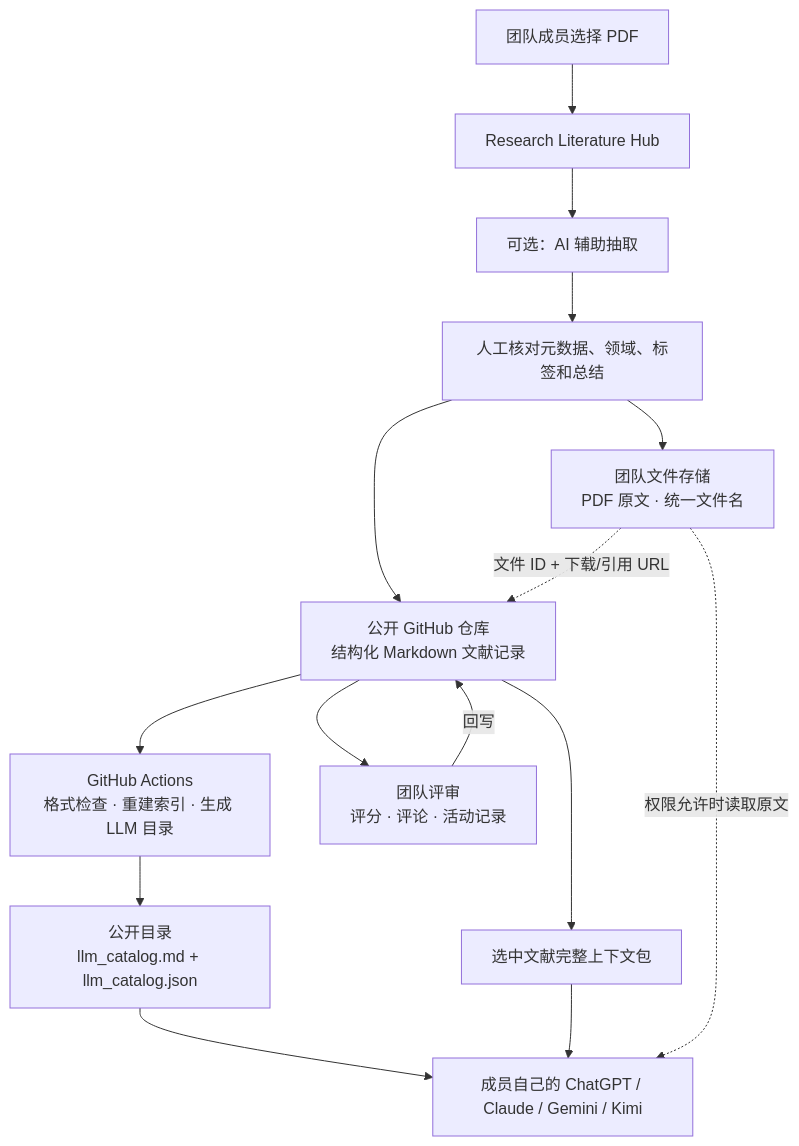
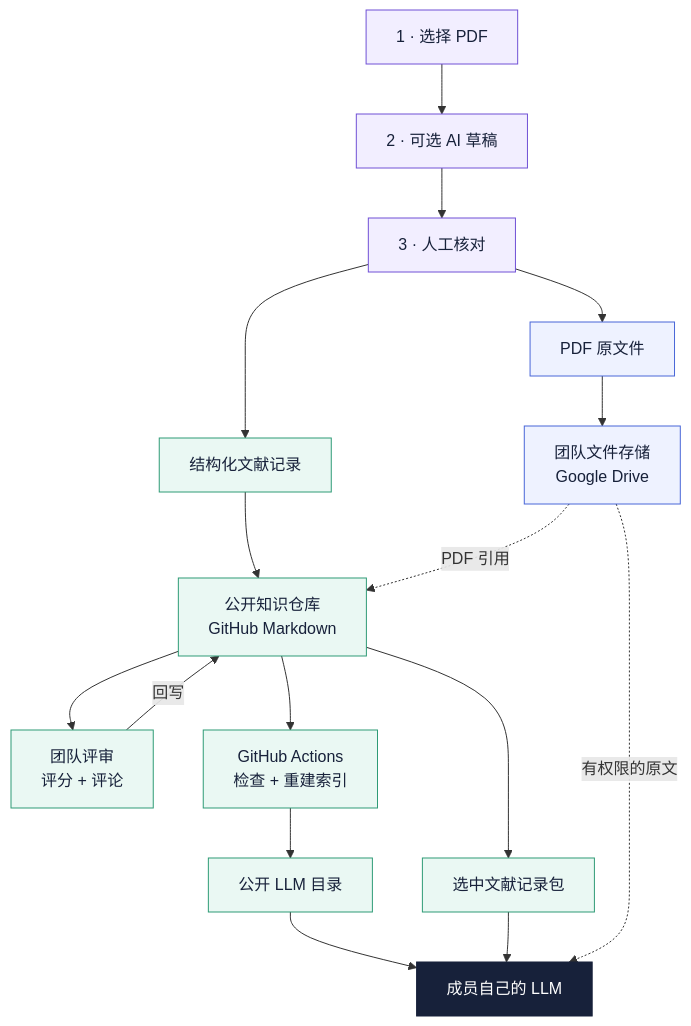
The diagram in README.zh-CN.md (yzyzieee/Research-Literature-Hub), drawn with Mermaid before and after one commit. The commit also changed 1 other file, not shown here.

Commit message:
docs: improve layered workflow readability

````diff
--- a/README.zh-CN.md
+++ b/README.zh-CN.md
@@ -62,21 +62,31 @@
 ```mermaid
 flowchart TB
-    U["团队成员选择 PDF"] --> APP["Research Literature Hub"]
-    APP --> X["可选：AI 辅助抽取"]
-    X --> V["人工核对元数据、领域、标签和总结"]
+    A["1 · 选择 PDF"] --> B["2 · 可选 AI 草稿"]
+    B --> C["3 · 人工核对"]
 
-    V --> PDF["团队文件存储<br/>PDF 原文 · 统一文件名"]
-    V --> CARD["公开 GitHub 仓库<br/>结构化 Markdown 文献记录"]
-    PDF -. "文件 ID + 下载/引用 URL" .-> CARD
+    C --> D["PDF 原文件"]
+    C --> E["结构化文献记录"]
 
-    CARD --> CI["GitHub Actions<br/>格式检查 · 重建索引 · 生成 LLM 目录"]
-    CI --> CAT["公开目录<br/>llm_catalog.md + llm_catalog.json"]
+    D --> F["团队文件存储<br/>Google Drive"]
+    E --> G["公开知识仓库<br/>GitHub Markdown"]
+    F -. "PDF 引用" .-> G
 
-    CARD --> REVIEW["团队评审<br/>评分 · 评论 · 活动记录"]
-    REVIEW -->|"回写"| CARD
+    G --> R["团队评审<br/>评分 + 评论"]
+    R -->|"回写"| G
+    G --> I["GitHub Actions<br/>检查 + 重建索引"]
+    I --> J["公开 LLM 目录"]
 
-    CAT --> LLM["成员自己的 ChatGPT / Claude / Gemini / Kimi"]
-    CARD --> PACK["选中文献完整上下文包"]
-    PACK --> LLM
-    PDF -. "权限允许时读取原文" .-> LLM
+    G --> P["选中文献记录包"]
+    J --> L["成员自己的 LLM"]
+    P --> L
+    F -. "有权限的原文" .-> L
+
+    classDef intake fill:#F2EEFF,stroke:#7051D6,color:#17213A;
+    classDef files fill:#EEF2FF,stroke:#4967D8,color:#17213A;
+    classDef knowledge fill:#EAF8F3,stroke:#2F9B76,color:#17213A;
+    classDef output fill:#17213A,stroke:#17213A,color:#FFFFFF;
+    class A,B,C intake;
+    class D,F files;
+    class E,G,R,I,J,P knowledge;
+    class L output;
 ```
````
